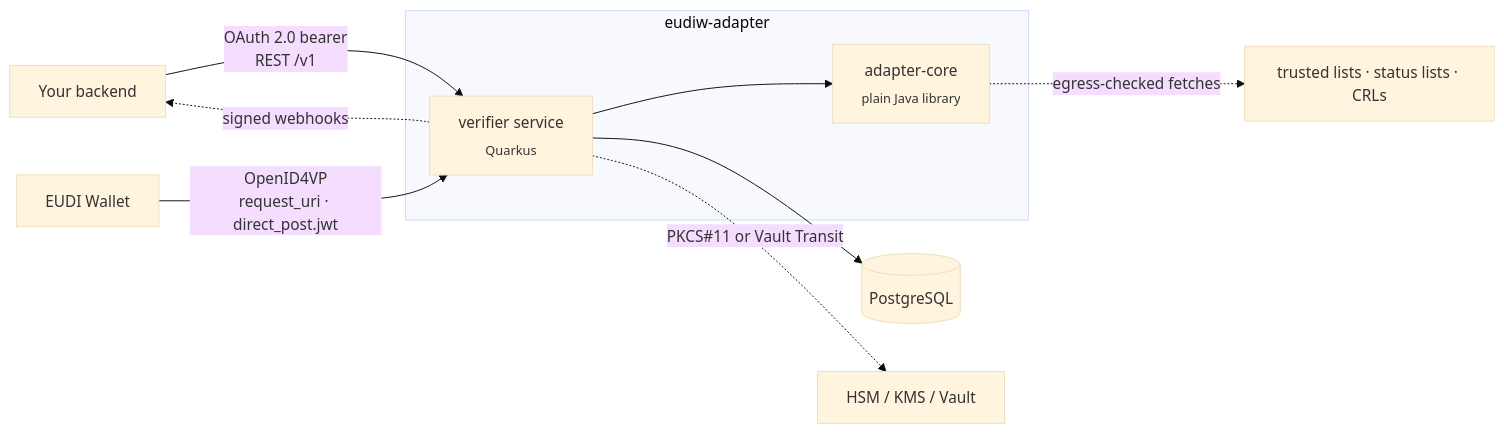
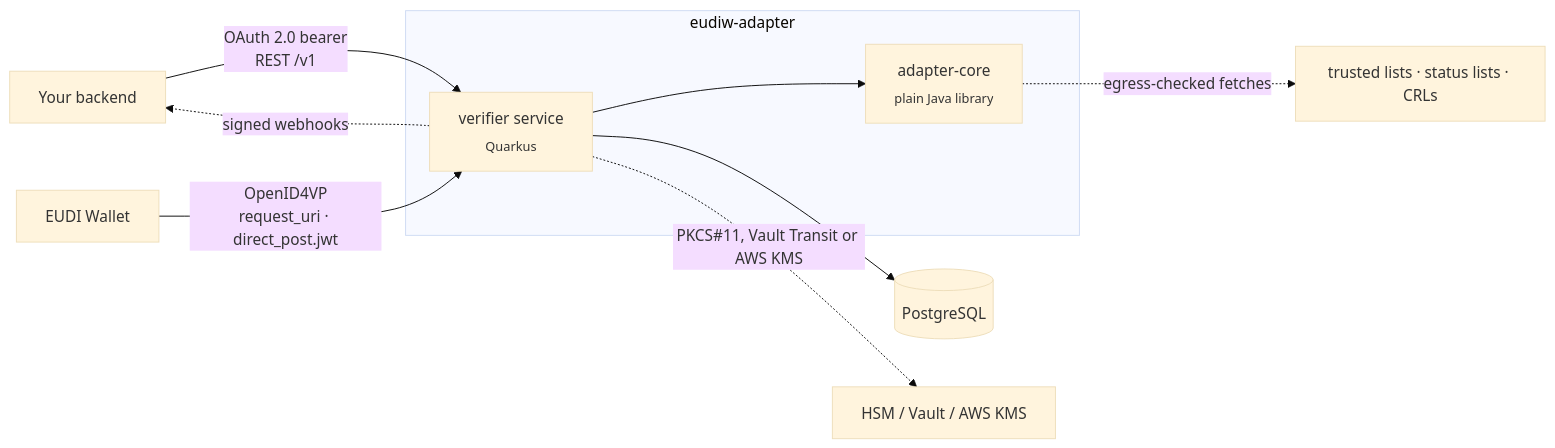
One commit to su-engineering/eudiw-adapter changed the second of 2 diagrams in README.md. Above: the diagram before and after it, drawn with Mermaid (base theme). The commit also changed other lines of this file and 15 other files, not shown here.

First line of the commit message:
Request-signing keys in AWS KMS

````diff
--- a/README.md
+++ b/README.md
@@ -263,12 +263,12 @@
 ```mermaid
 flowchart LR
     APP["Your backend"] -- "OAuth 2.0 bearer<br/>REST /v1" --> SVC
     WALLET["EUDI Wallet"] -- "OpenID4VP<br/>request_uri · direct_post.jwt" --> SVC
     subgraph ADAPTER ["eudiw-adapter"]
       SVC["verifier service<br/><sub>Quarkus</sub>"] --> CORE["adapter-core<br/><sub>plain Java library</sub>"]
     end
     SVC --> DB[("PostgreSQL")]
     SVC -. "signed webhooks" .-> APP
     CORE -. "egress-checked fetches" .-> NET["trusted lists · status lists · CRLs"]
-    SVC -. "PKCS#11 or Vault Transit" .-> HSM["HSM / KMS / Vault"]
+    SVC -. "PKCS#11, Vault Transit or AWS KMS" .-> HSM["HSM / Vault / AWS KMS"]
 ```
````
